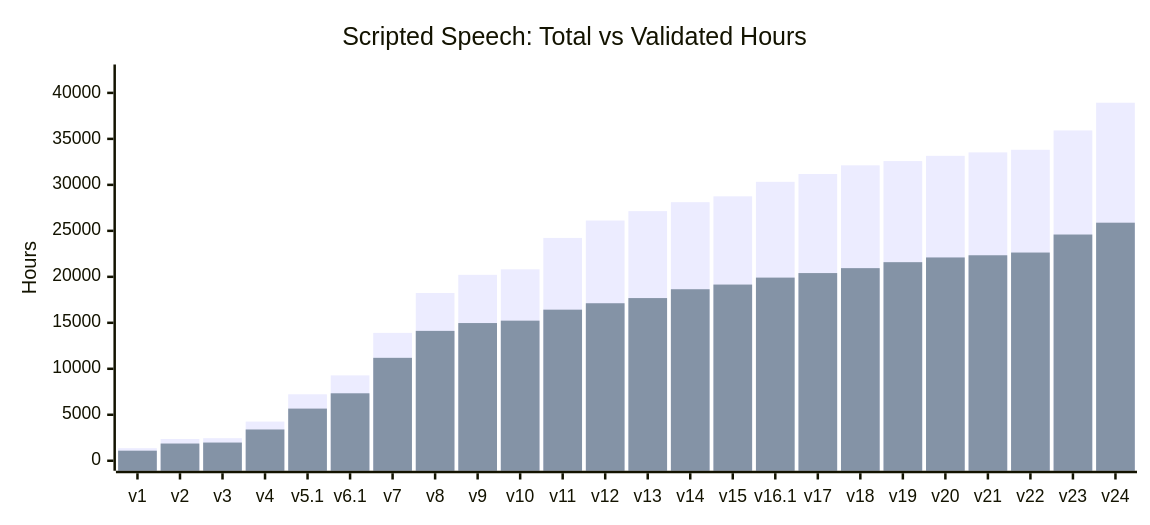
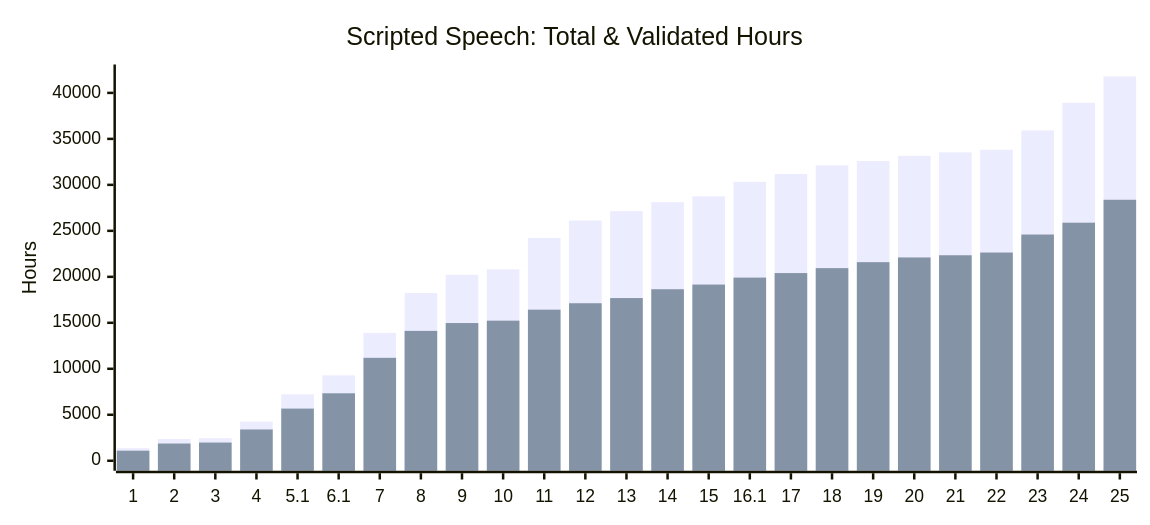
Before and after one commit to common-voice/cv-dataset: the second of 3 diagrams in README.md, drawn with Mermaid. The commit also changed other lines of this file, not shown here.

````diff
--- a/README.md
+++ b/README.md
@@ -53,14 +71,14 @@
 ```mermaid
 ---
 config:
     xyChart:
         width: 900
         height: 400
 ---
 xychart-beta
-    title "Scripted Speech: Total vs Validated Hours"
-    x-axis ["v1","v2","v3","v4","v5.1","v6.1","v7","v8","v9","v10","v11","v12","v13","v14","v15","v16.1","v17","v18","v19","v20","v21","v22","v23","v24"]
+    title "Scripted Speech: Total & Validated Hours"
+    x-axis ["1","2","3","4","5.1","6.1","7","8","9","10","11","12","13","14","15","16.1","17","18","19","20","21","22","23","24","25"]
     y-axis "Hours" 0 --> 42000
-    bar [1368,2366,2454,4257,7226,9283,13905,18243,20217,20817,24231,26119,27141,28117,28750,30328,31175,32121,32584,33154,33534,33815,35921,38932]
-    bar [1096,1872,1979,3401,5671,7335,11192,14122,14973,15234,16429,17127,17689,18651,19159,19915,20408,20943,21593,22106,22344,22640,24600,25886]
+    bar [1368,2366,2454,4257,7226,9283,13905,18243,20217,20817,24231,26119,27141,28117,28750,30328,31175,32121,32584,33154,33534,33815,35921,38932,41792]
+    bar [1096,1872,1979,3401,5671,7335,11192,14122,14973,15234,16429,17127,17689,18651,19159,19915,20408,20943,21593,22106,22344,22640,24600,25886,28377]
 ```
````
